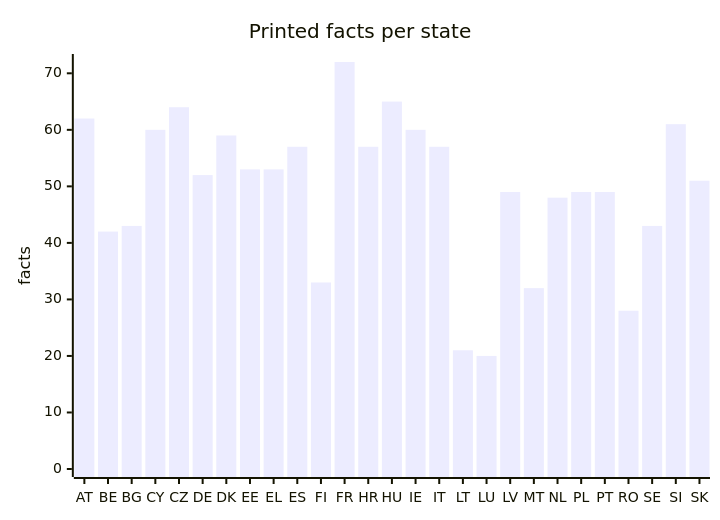
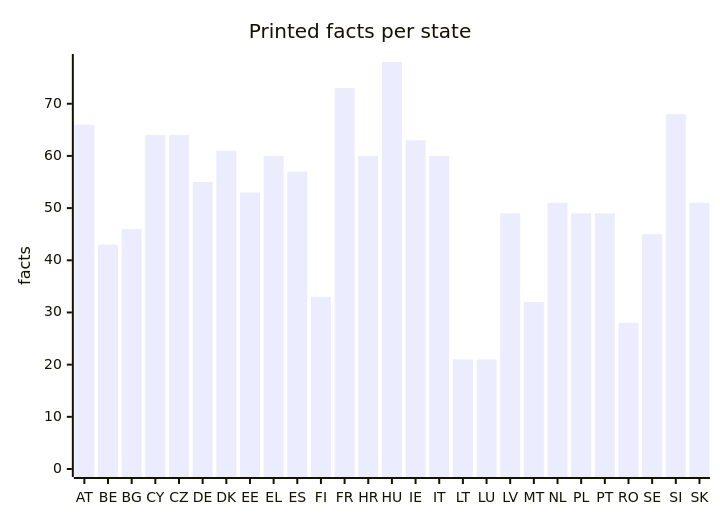
The fourth of 5 diagrams in docs/evidence.md (EU27-data-sovereignty/eu27-data-sovereignty), drawn with Mermaid before and after one commit. The commit also changed other lines of this file and 77 other files, not shown here.

````diff
--- a/docs/evidence.md
+++ b/docs/evidence.md
@@ -85,7 +85,7 @@
 ```mermaid
 xychart-beta
   title "Printed facts per state"
   x-axis [AT, BE, BG, CY, CZ, DE, DK, EE, EL, ES, FI, FR, HR, HU, IE, IT, LT, LU, LV, MT, NL, PL, PT, RO, SE, SI, SK]
-  y-axis "facts" 0 --> 72
-  bar [62, 42, 43, 60, 64, 52, 59, 53, 53, 57, 33, 72, 57, 65, 60, 57, 21, 20, 49, 32, 48, 49, 49, 28, 43, 61, 51]
+  y-axis "facts" 0 --> 78
+  bar [66, 43, 46, 64, 64, 55, 61, 53, 60, 57, 33, 73, 60, 78, 63, 60, 21, 21, 49, 32, 51, 49, 49, 28, 45, 68, 51]
 ```
````
